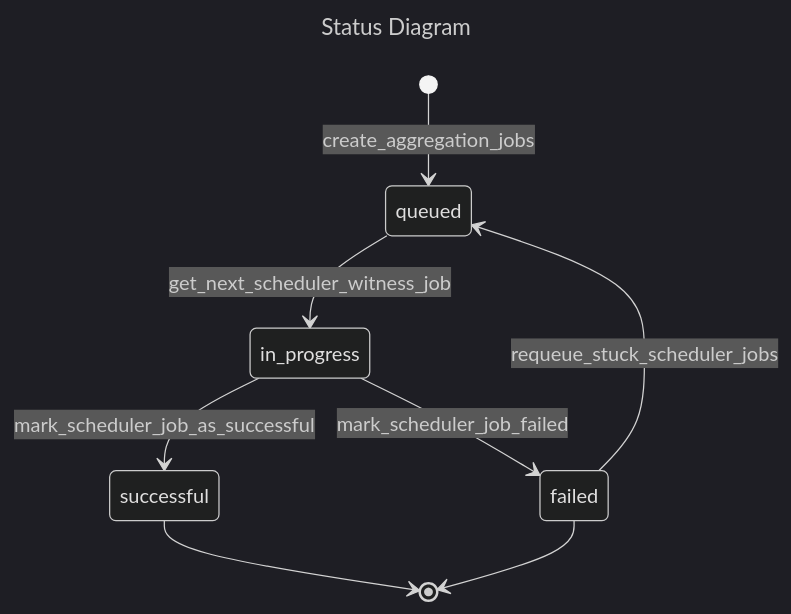
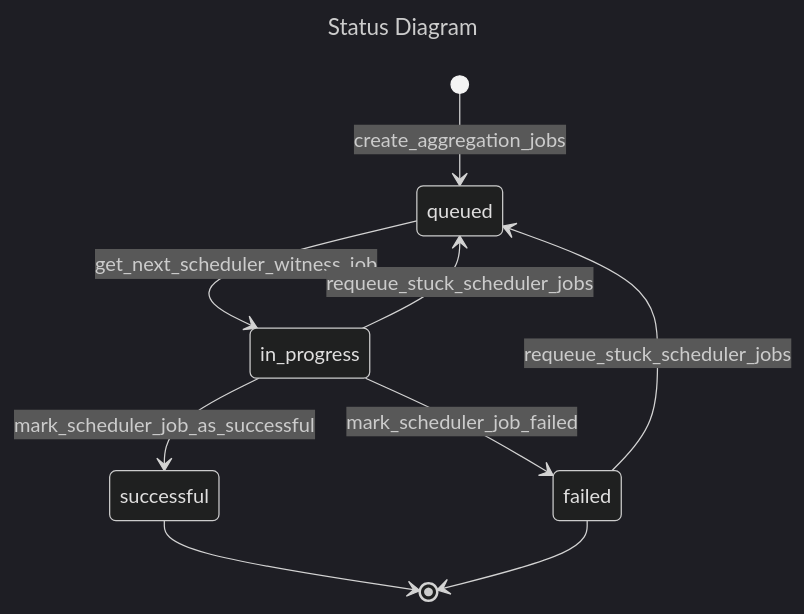
One commit to matter-labs/zksync-era changed the fourth of 4 diagrams in core/lib/dal/doc/FriWitnessGeneratorDal.md. Above: the diagram before and after it, drawn with Mermaid (dark theme). The commit also changed other lines of this file and 2 other files, not shown here.

````diff
--- a/core/lib/dal/doc/FriWitnessGeneratorDal.md
+++ b/core/lib/dal/doc/FriWitnessGeneratorDal.md
@@ -74,14 +78,15 @@
 ```mermaid
 ---
 title: Status Diagram
 ---
 stateDiagram-v2
     [*] --> queued : create_aggregation_jobs
     queued --> in_progress : get_next_scheduler_witness_job
     in_progress --> successful : mark_scheduler_job_as_successful
     successful --> [*]
     in_progress --> failed : mark_scheduler_job_failed
     failed --> [*]
     failed --> queued : requeue_stuck_scheduler_jobs
+    in_progress --> queued : requeue_stuck_scheduler_jobs
 
 ```
````
